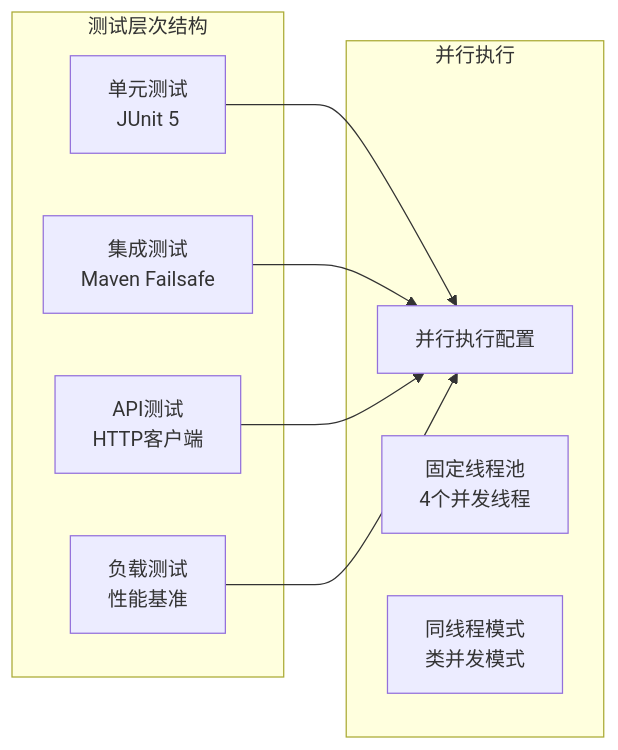
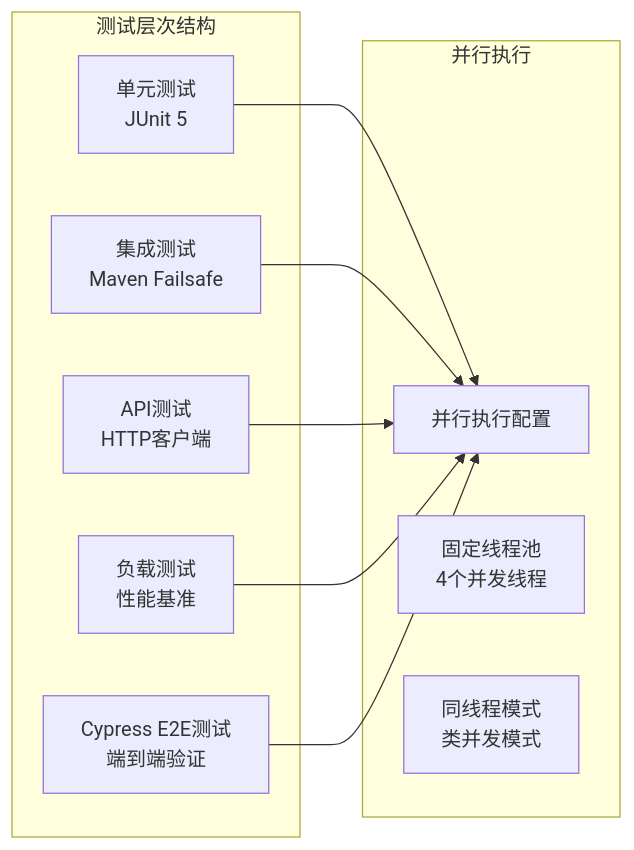
The third of 19 diagrams in .qoder/repowiki/zh/content/Development Environment Features.md (liuzh2008/med_ai_assistant_workspace), drawn with Mermaid before and after one commit. The commit also changed other lines of this file and 3 other files, not shown here.

````diff
--- a/.qoder/repowiki/zh/content/Development Environment Features.md
+++ b/.qoder/repowiki/zh/content/Development Environment Features.md
@@ -116,18 +140,20 @@
 ```mermaid
 graph LR
 subgraph "测试层次结构"
 UNIT[单元测试<br/>JUnit 5]
 INTEGRATION[集成测试<br/>Maven Failsafe]
 API[API测试<br/>HTTP客户端]
 LOAD[负载测试<br/>性能基准]
+E2E[Cypress E2E测试<br/>端到端验证]
 end
 subgraph "并行执行"
 PARALLEL[并行执行配置]
 THREADS[固定线程池<br/>4个并发线程]
 MODE[同线程模式<br/>类并发模式]
 end
 UNIT --> PARALLEL
 INTEGRATION --> PARALLEL
 API --> PARALLEL
 LOAD --> PARALLEL
+E2E --> PARALLEL
 ```
````
